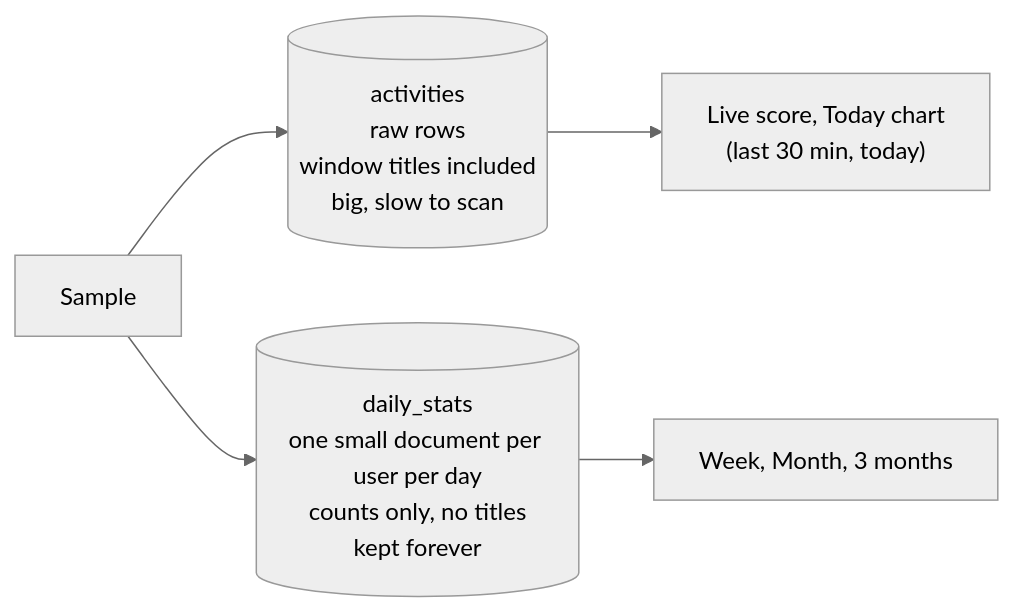
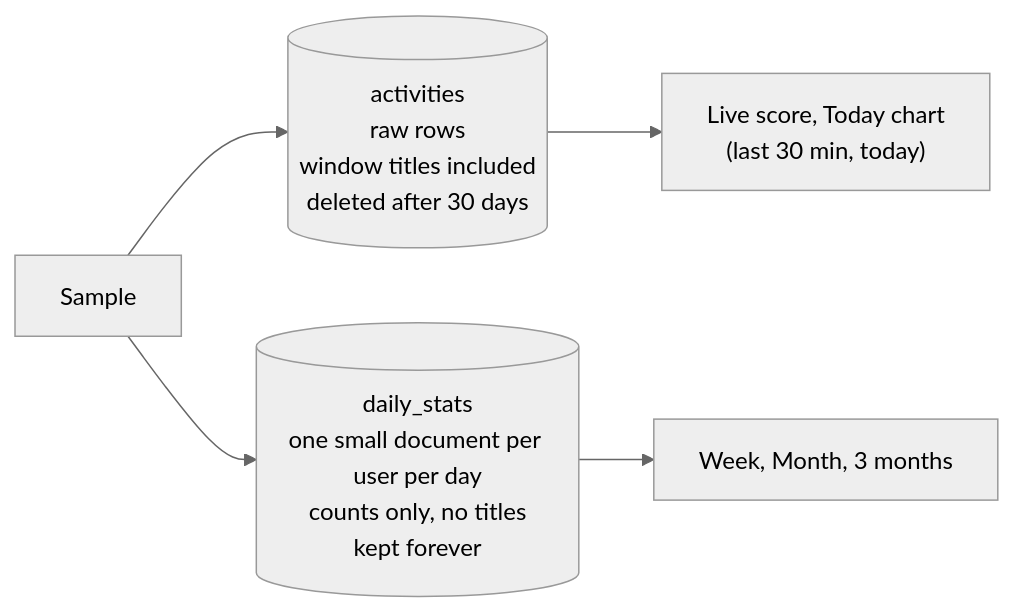
One commit to nidhi333-9/aura changed the sixth of 6 diagrams in docs/ARCHITECTURE.md. Above: the diagram before and after it, drawn with Mermaid (neutral theme). The commit also changed other lines of this file and 4 other files, not shown here.

Commit message:
Say that samples are deleted after 30 days; show daily summaries in Your data

````diff
--- a/docs/ARCHITECTURE.md
+++ b/docs/ARCHITECTURE.md
@@ -196,7 +196,7 @@
 ```mermaid
 flowchart LR
-  S["Sample"] --> R[("activities<br/>raw rows<br/>window titles included<br/>big, slow to scan")]
+  S["Sample"] --> R[("activities<br/>raw rows<br/>window titles included<br/>deleted after 30 days")]
   S --> D[("daily_stats<br/>one small document per user per day<br/>counts only, no titles<br/>kept forever")]
   R --> L["Live score, Today chart<br/>(last 30 min, today)"]
   D --> H["Week, Month, 3 months"]
 ```
````
